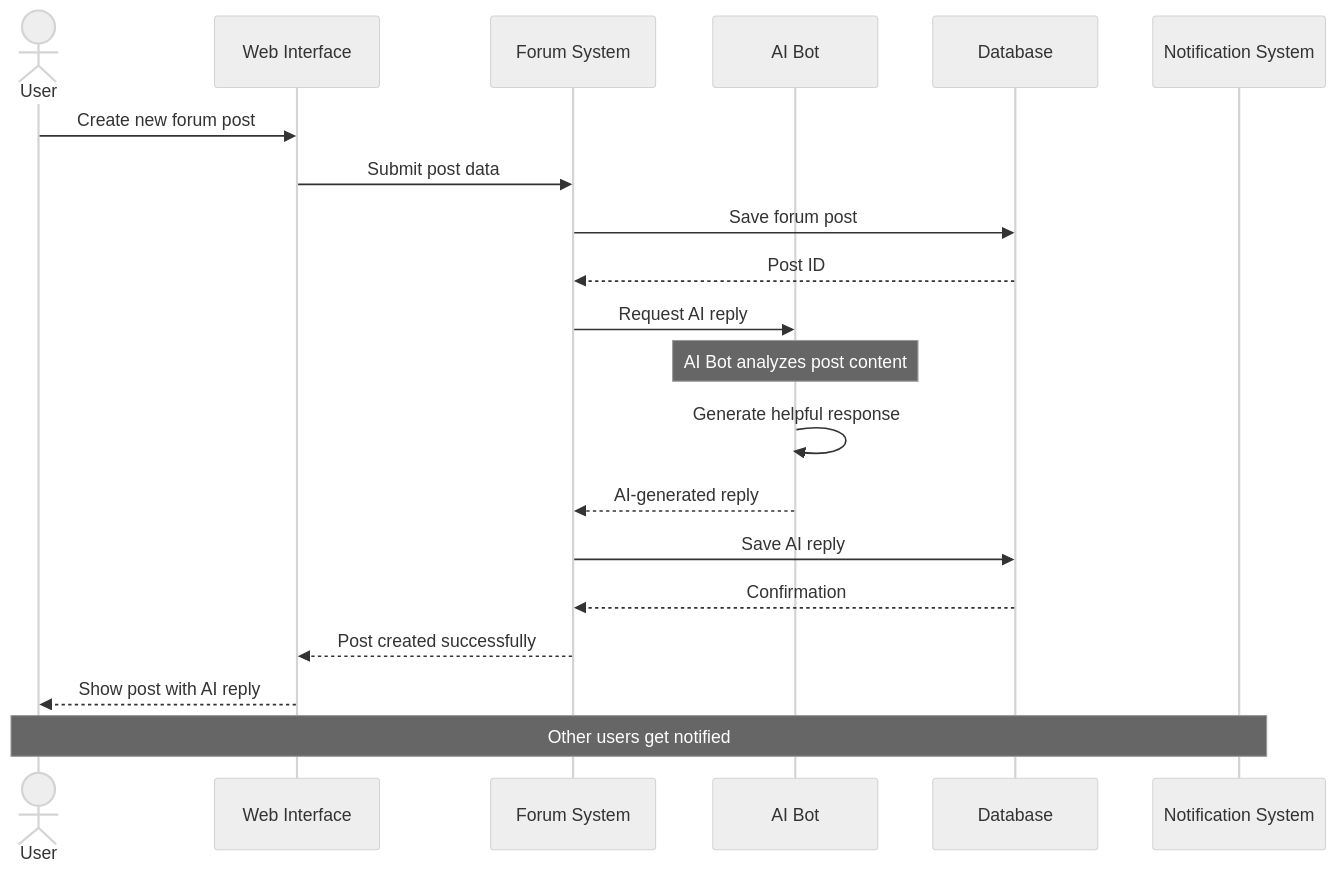
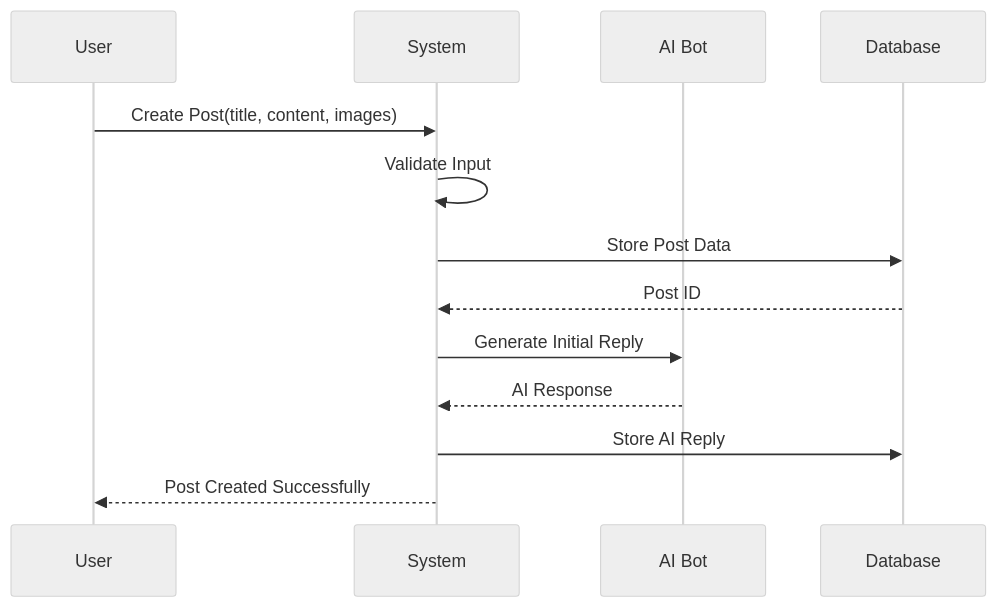
The ninth of 16 diagrams in system documentation.md (abdullah2323442/practice), drawn with Mermaid (neutral theme) before and after one commit. The commit also changed other lines of this file, not shown here.

First line of the commit message:
Revise system documentation with updated diagrams

````diff
--- a/system documentation.md
+++ b/system documentation.md
@@ -462,27 +477,18 @@
 ```mermaid
 sequenceDiagram
-    actor User
-    participant Web as Web Interface
-    participant Forum as Forum System
+    participant U as User
+    participant S as System
     participant AI as AI Bot
     participant DB as Database
-    participant Notif as Notification System
     
-    User->>Web: Create new forum post
-    Web->>Forum: Submit post data
-    Forum->>DB: Save forum post
-    DB-->>Forum: Post ID
+    U->>S: Create Post(title, content, images)
+    S->>S: Validate Input
+    S->>DB: Store Post Data
+    DB-->>S: Post ID
     
-    Forum->>AI: Request AI reply
-    Note over AI: AI Bot analyzes post content
-    AI->>AI: Generate helpful response
-    AI-->>Forum: AI-generated reply
+    S->>AI: Generate Initial Reply
+    AI-->>S: AI Response
+    S->>DB: Store AI Reply
     
-    Forum->>DB: Save AI reply
-    DB-->>Forum: Confirmation
-    
-    Forum-->>Web: Post created successfully
-    Web-->>User: Show post with AI reply
-    
-    Note over User,Notif: Other users get notified
+    S-->>U: Post Created Successfully
 ```
````
